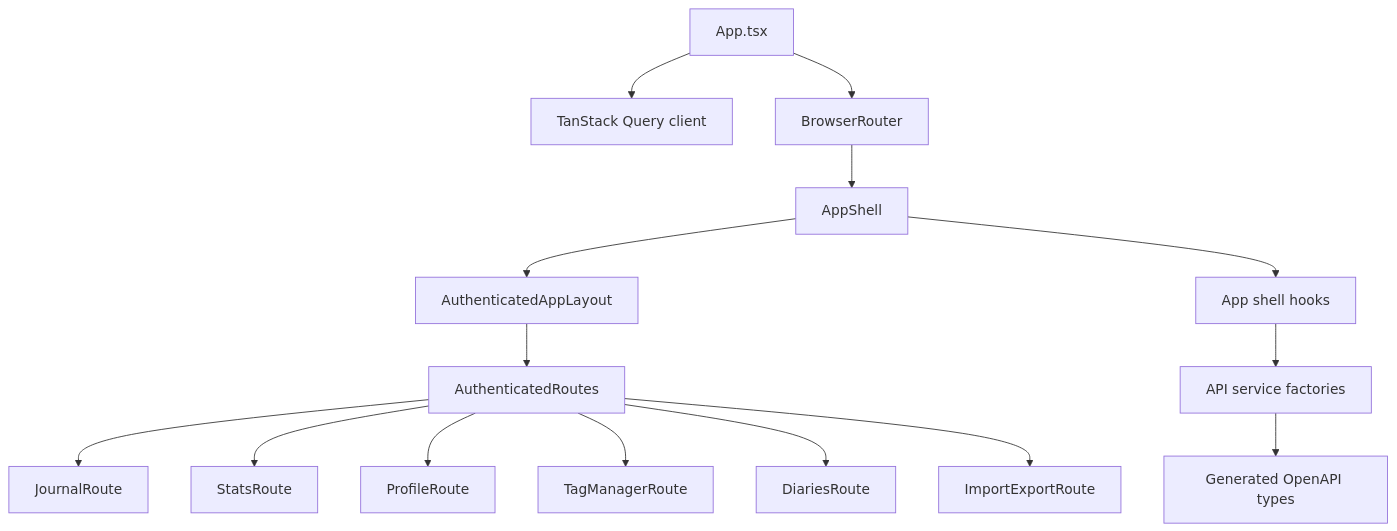
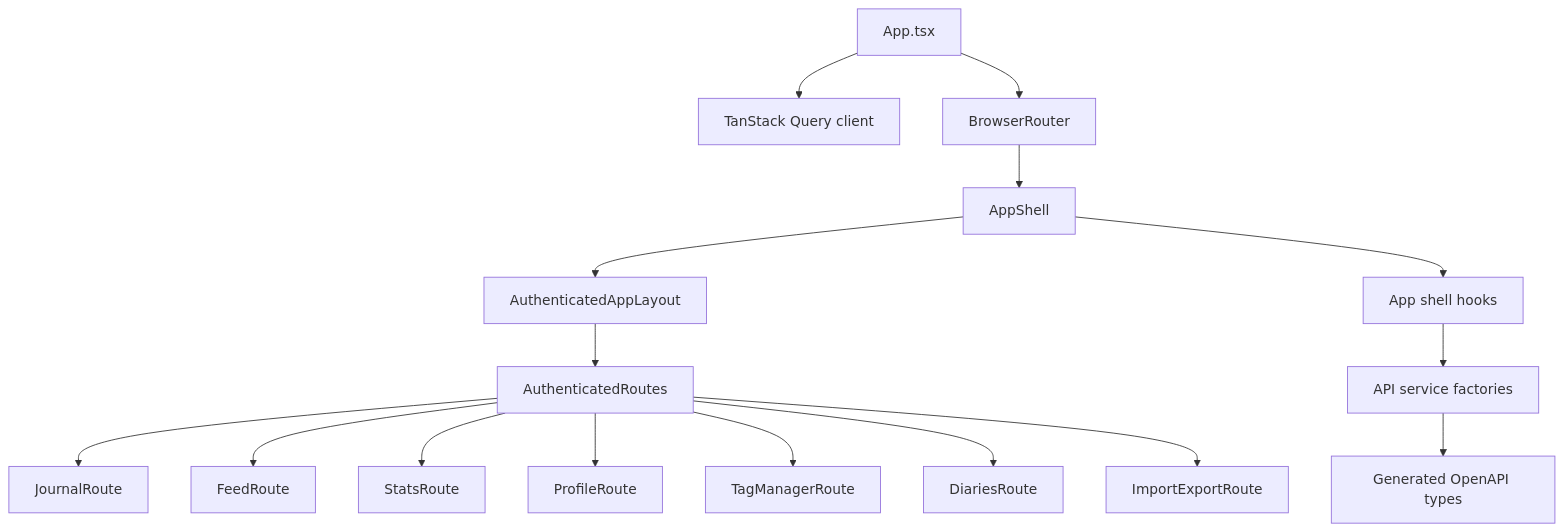
The second of 4 diagrams in docs/architecture.md (chefzaid/thoughty), drawn with Mermaid before and after one commit. The commit also changed other lines of this file and 13 other files, not shown here.

````diff
--- a/docs/architecture.md
+++ b/docs/architecture.md
@@ -49,19 +53,20 @@
 ```mermaid
 flowchart TD
     App[App.tsx] --> Query[TanStack Query client]
     App --> Router[BrowserRouter]
     Router --> Shell[AppShell]
     Shell --> Layout[AuthenticatedAppLayout]
     Layout --> Routes[AuthenticatedRoutes]
 
     Routes --> Journal[JournalRoute]
+    Routes --> Feed[FeedRoute]
     Routes --> Stats[StatsRoute]
     Routes --> Profile[ProfileRoute]
     Routes --> Tags[TagManagerRoute]
     Routes --> Diaries[DiariesRoute]
     Routes --> ImportExport[ImportExportRoute]
 
     Shell --> Hooks[App shell hooks]
     Hooks --> Services[API service factories]
     Services --> Generated[Generated OpenAPI types]
 ```
````
